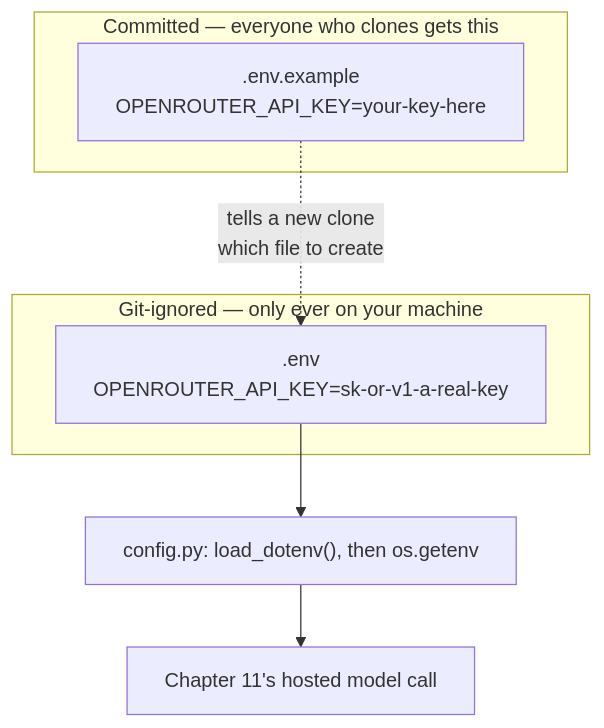
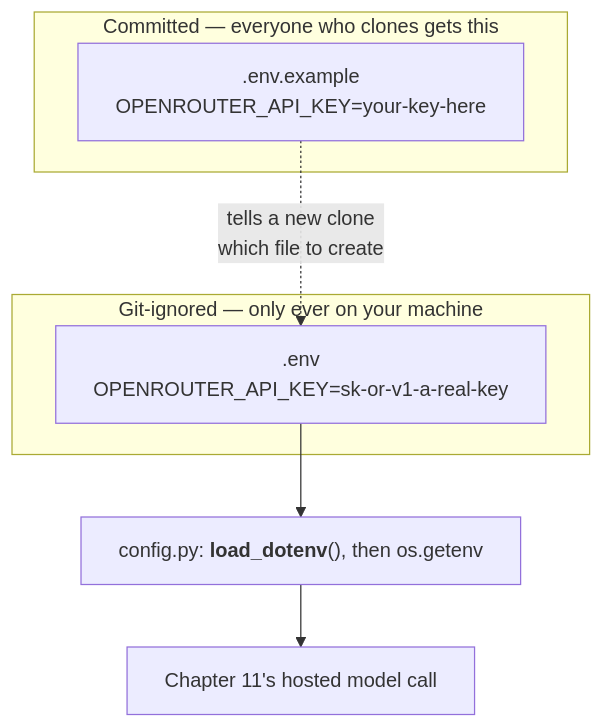
One commit to rioffe/intro_to_ai_software_engineering changed the second of 2 diagrams in manuscript/09-cli.md. Above: the diagram before and after it, drawn with Mermaid. The commit also changed other lines of this file and 17 other files, not shown here.

First line of the commit message:
Diagram readability pass, and keep diagrams with their intro sentence

````diff
--- a/manuscript/09-cli.md
+++ b/manuscript/09-cli.md
@@ -475,19 +475,19 @@
 ```mermaid
 ---
 config:
   flowchart:
     wrappingWidth: 420
 ---
 flowchart TD
     subgraph GIT[" Committed — everyone who clones gets this "]
         EXAMPLE[".env.example<br/>OPENROUTER_API_KEY=your-key-here"]
     end
 
     subgraph NEVER[" Git-ignored — only ever on your machine "]
         ENVF[".env<br/>OPENROUTER_API_KEY=sk-or-v1-a-real-key"]
     end
 
     EXAMPLE -.->|"tells a new clone<br/>which file to create"| ENVF
-    ENVF --> CFG["config.py: load_dotenv(), then os.getenv"]
+    ENVF --> CFG["config.py: <b>load_dotenv</b>(), then os.getenv"]
     CFG --> USE["Chapter 11's hosted model call"]
 ```
````
